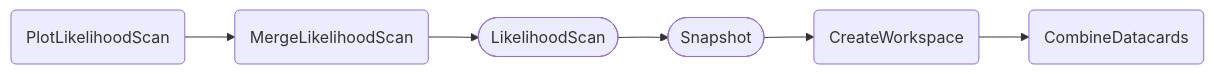
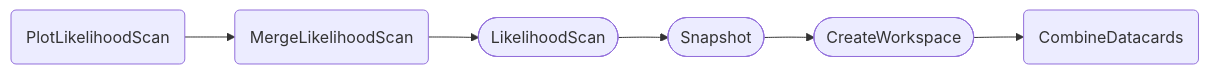
Before and after one commit to cms-hh/inference_tools: the first of 2 diagrams in docs/content/tasks/snapshot.md, drawn with Mermaid. The commit also changed other lines of this file and 8 other files, not shown here.

````diff
--- a/docs/content/tasks/snapshot.md
+++ b/docs/content/tasks/snapshot.md
@@ -10,8 +10,8 @@
 ```mermaid
     graph LR;
     A(PlotLikelihoodScan) --> B(MergeLikelihoodScan);
     B --> C([LikelihoodScan]);
     C --> D([Snapshot]);
-    D --> E(CreateWorkspace);
+    D --> E([CreateWorkspace]);
     E --> F(CombineDatacards);
 ```
````
